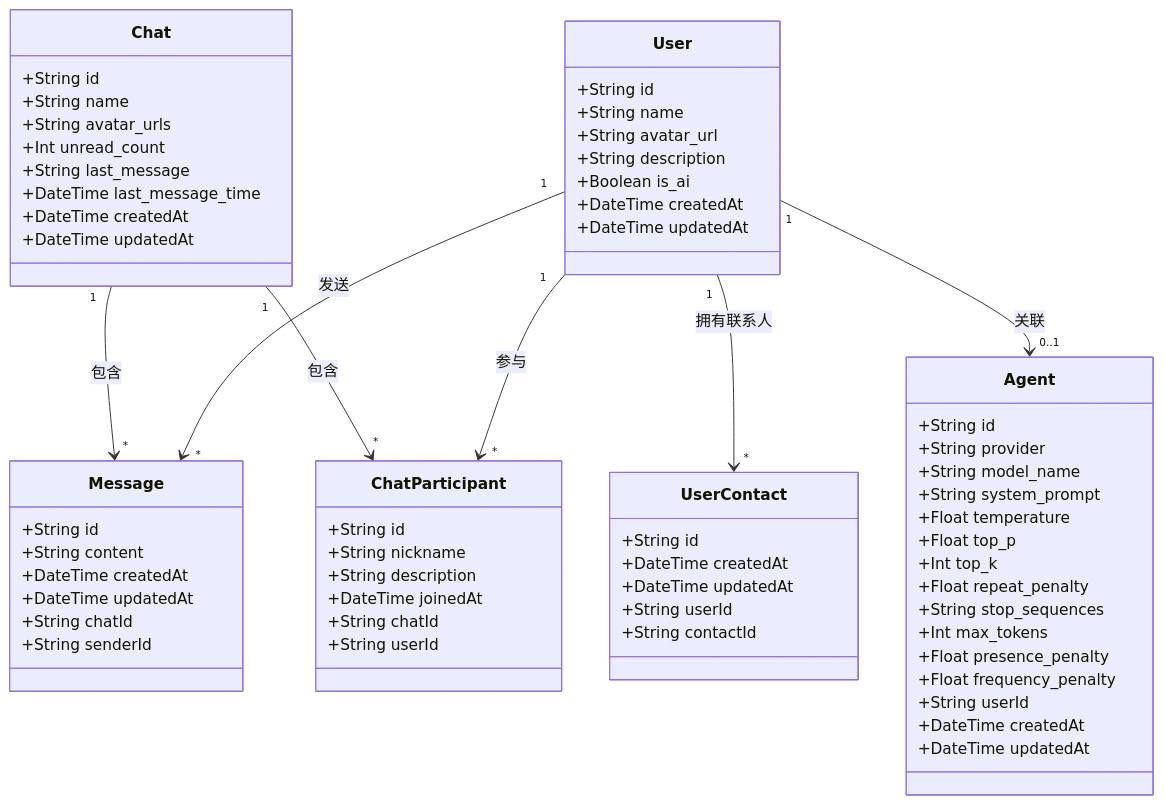
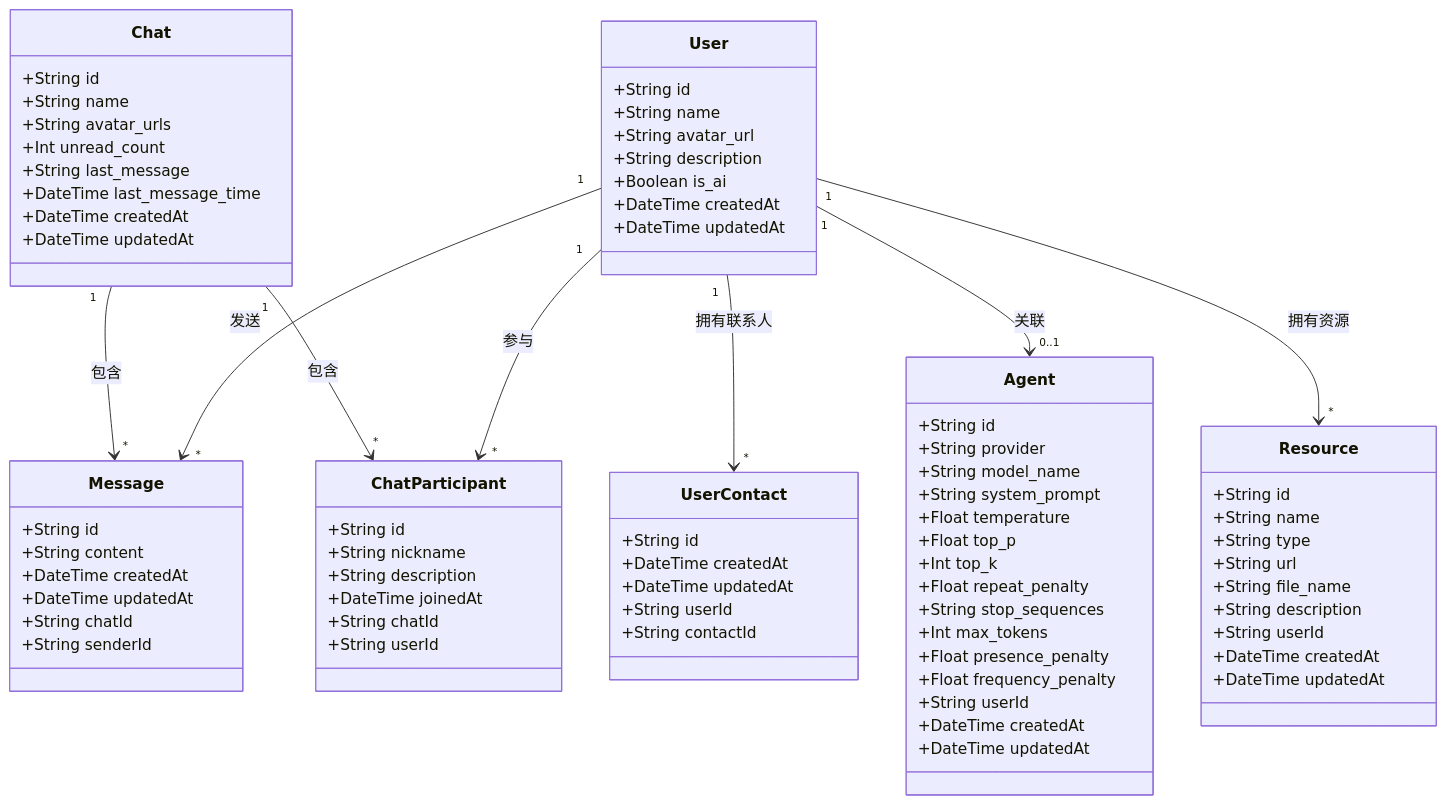
The second of 2 diagrams in apps/client/src-tauri/prisma/schema.md (guixin-ai/guixin), drawn with Mermaid before and after one commit. The commit also changed other lines of this file and 21 other files, not shown here.

```diff
--- a/apps/client/src-tauri/prisma/schema.md
+++ b/apps/client/src-tauri/prisma/schema.md
@@ -89,6 +102,7 @@
     User "1" --> "*" ChatParticipant : 参与
     User "1" --> "*" UserContact : 拥有联系人
     User "1" --> "0..1" Agent : 关联
+    User "1" --> "*" Resource : 拥有资源
     Chat "1" --> "*" ChatParticipant : 包含
     Chat "1" --> "*" Message : 包含
 
@@ -128,6 +142,18 @@
         +String contactId
     }
 
+    class Resource {
+        +String id
+        +String name
+        +String type
+        +String url
+        +String file_name
+        +String description
+        +String userId
+        +DateTime createdAt
+        +DateTime updatedAt
+    }
+
     class Chat {
         +String id
         +String name
```
